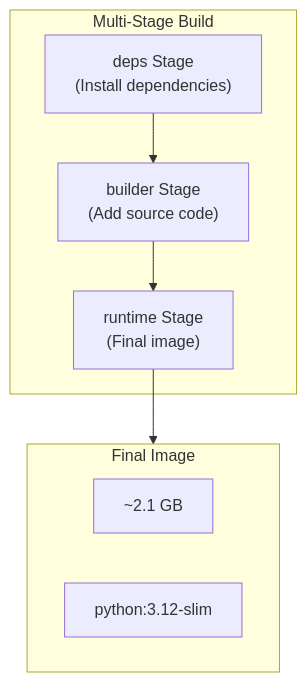
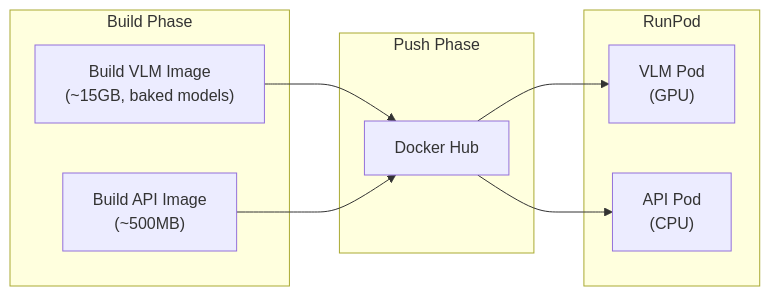
One commit to akosgintl/colpali-rag-app changed the second of 3 diagrams in docs/deployment.md. Above: the diagram before and after it, drawn with Mermaid. The commit also changed other lines of this file and 84 other files, not shown here.

Commit message:
refactored to document-api and colpali-vlm projects

````diff
--- a/docs/deployment.md
+++ b/docs/deployment.md
@@ -134,17 +189,21 @@
 ```mermaid
-graph TD
-    subgraph Multi-Stage["Multi-Stage Build"]
-        Stage1["deps Stage\n(Install dependencies)"]
-        Stage2["builder Stage\n(Add source code)"]
-        Stage3["runtime Stage\n(Final image)"]
+graph LR
+    subgraph Build["Build Phase"]
+        BuildVLM["Build VLM Image\n(~15GB, baked models)"]
+        BuildAPI["Build API Image\n(~500MB)"]
     end
 
-    Stage1 --> Stage2 --> Stage3
-
-    subgraph Output["Final Image"]
-        Size["~2.1 GB"]
-        Base["python:3.12-slim"]
+    subgraph Push["Push Phase"]
+        DH["Docker Hub"]
     end
 
-    Stage3 --> Output
+    subgraph Deploy["RunPod"]
+        VLM["VLM Pod\n(GPU)"]
+        API["API Pod\n(CPU)"]
+    end
+
+    BuildVLM --> DH
+    BuildAPI --> DH
+    DH --> VLM
+    DH --> API
 ```
````
